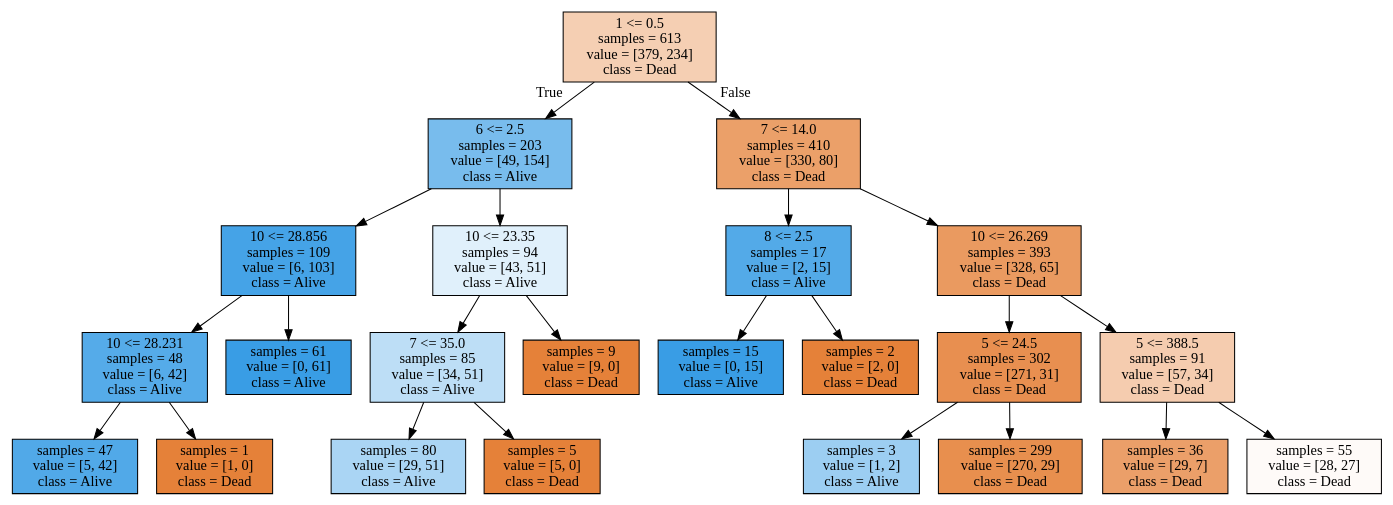
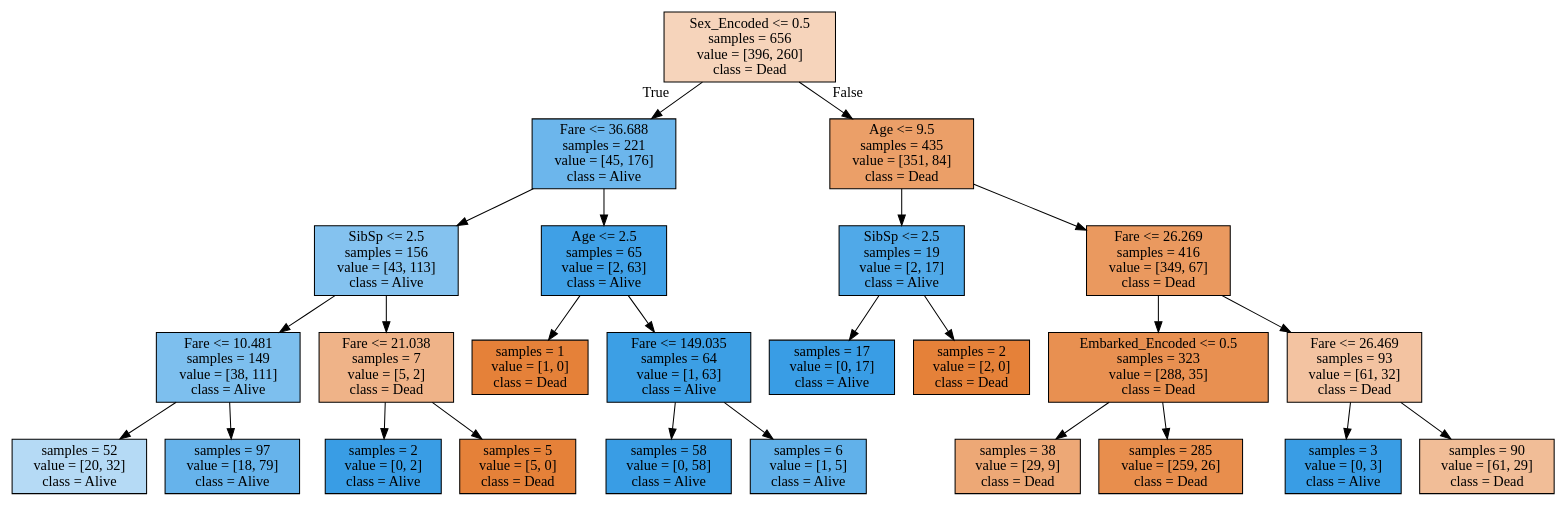
The diagram in 01 - Titanic - Machine Learning from Disaster /tree.dot (PrynsTag/Kaggle-Competitions), drawn with Graphviz before and after one commit. The commit also changed 2 other files, not shown here.

```diff
--- a/01 - Titanic - Machine Learning from Disaster /tree.dot
+++ b/01 - Titanic - Machine Learning from Disaster /tree.dot
@@ -1,48 +1,52 @@
 digraph Tree {
 node [shape=box, style="filled", color="black"] ;
-0 [label="1 <= 0.5\nsamples = 613\nvalue = [379, 234]\nclass = Dead", fillcolor="#f5cfb3"] ;
-1 [label="6 <= 2.5\nsamples = 203\nvalue = [49, 154]\nclass = Alive", fillcolor="#78bced"] ;
+0 [label="Sex_Encoded <= 0.5\nsamples = 656\nvalue = [396, 260]\nclass = Dead", fillcolor="#f6d4bb"] ;
+1 [label="Fare <= 36.688\nsamples = 221\nvalue = [45, 176]\nclass = Alive", fillcolor="#6cb6ec"] ;
 0 -> 1 [labeldistance=2.5, labelangle=45, headlabel="True"] ;
-2 [label="10 <= 28.856\nsamples = 109\nvalue = [6, 103]\nclass = Alive", fillcolor="#45a3e7"] ;
+2 [label="SibSp <= 2.5\nsamples = 156\nvalue = [43, 113]\nclass = Alive", fillcolor="#84c2ef"] ;
 1 -> 2 ;
-3 [label="10 <= 28.231\nsamples = 48\nvalue = [6, 42]\nclass = Alive", fillcolor="#55abe9"] ;
+3 [label="Fare <= 10.481\nsamples = 149\nvalue = [38, 111]\nclass = Alive", fillcolor="#7dbfee"] ;
 2 -> 3 ;
-4 [label="samples = 47\nvalue = [5, 42]\nclass = Alive", fillcolor="#51a9e8"] ;
+4 [label="samples = 52\nvalue = [20, 32]\nclass = Alive", fillcolor="#b5daf5"] ;
 3 -> 4 ;
-5 [label="samples = 1\nvalue = [1, 0]\nclass = Dead", fillcolor="#e58139"] ;
+5 [label="samples = 97\nvalue = [18, 79]\nclass = Alive", fillcolor="#66b3eb"] ;
 3 -> 5 ;
-6 [label="samples = 61\nvalue = [0, 61]\nclass = Alive", fillcolor="#399de5"] ;
+6 [label="Fare <= 21.038\nsamples = 7\nvalue = [5, 2]\nclass = Dead", fillcolor="#efb388"] ;
 2 -> 6 ;
-7 [label="10 <= 23.35\nsamples = 94\nvalue = [43, 51]\nclass = Alive", fillcolor="#e0f0fb"] ;
-1 -> 7 ;
-8 [label="7 <= 35.0\nsamples = 85\nvalue = [34, 51]\nclass = Alive", fillcolor="#bddef6"] ;
-7 -> 8 ;
-9 [label="samples = 80\nvalue = [29, 51]\nclass = Alive", fillcolor="#aad5f4"] ;
-8 -> 9 ;
-10 [label="samples = 5\nvalue = [5, 0]\nclass = Dead", fillcolor="#e58139"] ;
-8 -> 10 ;
-11 [label="samples = 9\nvalue = [9, 0]\nclass = Dead", fillcolor="#e58139"] ;
-7 -> 11 ;
-12 [label="7 <= 14.0\nsamples = 410\nvalue = [330, 80]\nclass = Dead", fillcolor="#eba069"] ;
-0 -> 12 [labeldistance=2.5, labelangle=-45, headlabel="False"] ;
-13 [label="8 <= 2.5\nsamples = 17\nvalue = [2, 15]\nclass = Alive", fillcolor="#53aae8"] ;
-12 -> 13 ;
-14 [label="samples = 15\nvalue = [0, 15]\nclass = Alive", fillcolor="#399de5"] ;
-13 -> 14 ;
-15 [label="samples = 2\nvalue = [2, 0]\nclass = Dead", fillcolor="#e58139"] ;
-13 -> 15 ;
-16 [label="10 <= 26.269\nsamples = 393\nvalue = [328, 65]\nclass = Dead", fillcolor="#ea9a60"] ;
-12 -> 16 ;
-17 [label="5 <= 24.5\nsamples = 302\nvalue = [271, 31]\nclass = Dead", fillcolor="#e88f50"] ;
-16 -> 17 ;
-18 [label="samples = 3\nvalue = [1, 2]\nclass = Alive", fillcolor="#9ccef2"] ;
-17 -> 18 ;
-19 [label="samples = 299\nvalue = [270, 29]\nclass = Dead", fillcolor="#e88f4e"] ;
-17 -> 19 ;
-20 [label="5 <= 388.5\nsamples = 91\nvalue = [57, 34]\nclass = Dead", fillcolor="#f5ccaf"] ;
-16 -> 20 ;
-21 [label="samples = 36\nvalue = [29, 7]\nclass = Dead", fillcolor="#eb9f69"] ;
-20 -> 21 ;
-22 [label="samples = 55\nvalue = [28, 27]\nclass = Dead", fillcolor="#fefaf8"] ;
-20 -> 22 ;
+7 [label="samples = 2\nvalue = [0, 2]\nclass = Alive", fillcolor="#399de5"] ;
+6 -> 7 ;
+8 [label="samples = 5\nvalue = [5, 0]\nclass = Dead", fillcolor="#e58139"] ;
+6 -> 8 ;
+9 [label="Age <= 2.5\nsamples = 65\nvalue = [2, 63]\nclass = Alive", fillcolor="#3fa0e6"] ;
+1 -> 9 ;
+10 [label="samples = 1\nvalue = [1, 0]\nclass = Dead", fillcolor="#e58139"] ;
+9 -> 10 ;
+11 [label="Fare <= 149.035\nsamples = 64\nvalue = [1, 63]\nclass = Alive", fillcolor="#3c9fe5"] ;
+9 -> 11 ;
+12 [label="samples = 58\nvalue = [0, 58]\nclass = Alive", fillcolor="#399de5"] ;
+11 -> 12 ;
+13 [label="samples = 6\nvalue = [1, 5]\nclass = Alive", fillcolor="#61b1ea"] ;
+11 -> 13 ;
+14 [label="Age <= 9.5\nsamples = 435\nvalue = [351, 84]\nclass = Dead", fillcolor="#eb9f68"] ;
+0 -> 14 [labeldistance=2.5, labelangle=-45, headlabel="False"] ;
+15 [label="SibSp <= 2.5\nsamples = 19\nvalue = [2, 17]\nclass = Alive", fillcolor="#50a9e8"] ;
+14 -> 15 ;
+16 [label="samples = 17\nvalue = [0, 17]\nclass = Alive", fillcolor="#399de5"] ;
+15 -> 16 ;
+17 [label="samples = 2\nvalue = [2, 0]\nclass = Dead", fillcolor="#e58139"] ;
+15 -> 17 ;
+18 [label="Fare <= 26.269\nsamples = 416\nvalue = [349, 67]\nclass = Dead", fillcolor="#ea995f"] ;
+14 -> 18 ;
+19 [label="Embarked_Encoded <= 0.5\nsamples = 323\nvalue = [288, 35]\nclass = Dead", fillcolor="#e89051"] ;
+18 -> 19 ;
+20 [label="samples = 38\nvalue = [29, 9]\nclass = Dead", fillcolor="#eda876"] ;
+19 -> 20 ;
+21 [label="samples = 285\nvalue = [259, 26]\nclass = Dead", fillcolor="#e88e4d"] ;
+19 -> 21 ;
+22 [label="Fare <= 26.469\nsamples = 93\nvalue = [61, 32]\nclass = Dead", fillcolor="#f3c3a1"] ;
+18 -> 22 ;
+23 [label="samples = 3\nvalue = [0, 3]\nclass = Alive", fillcolor="#399de5"] ;
+22 -> 23 ;
+24 [label="samples = 90\nvalue = [61, 29]\nclass = Dead", fillcolor="#f1bd97"] ;
+22 -> 24 ;
 }
```
